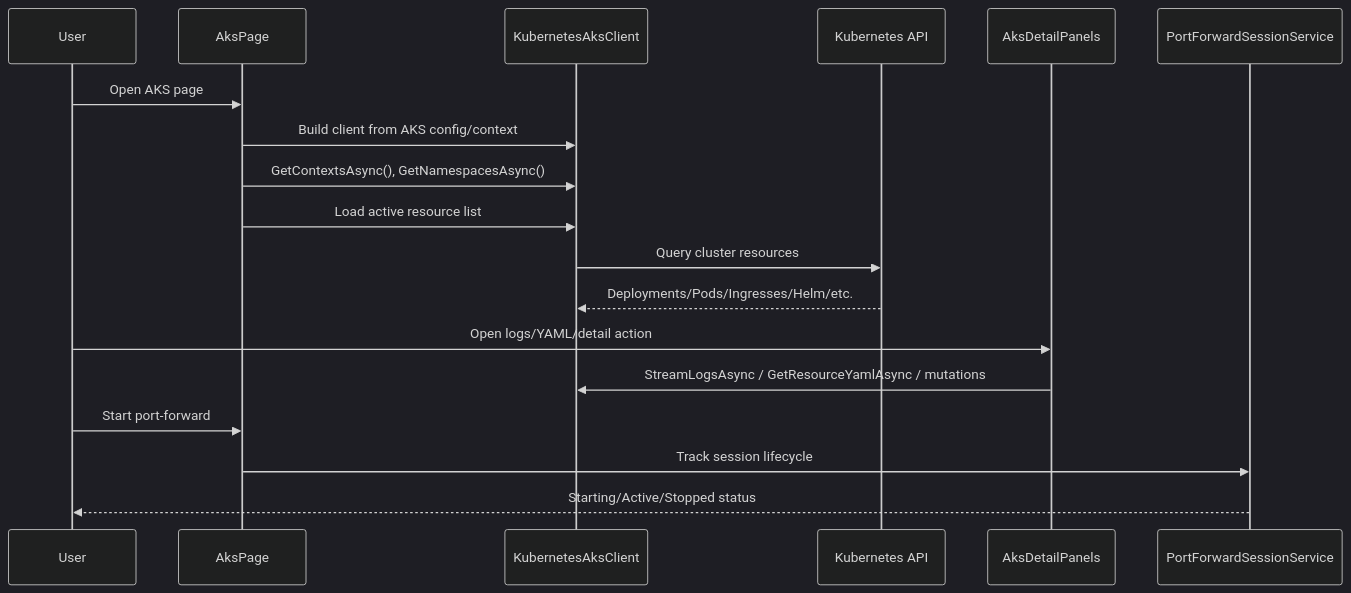
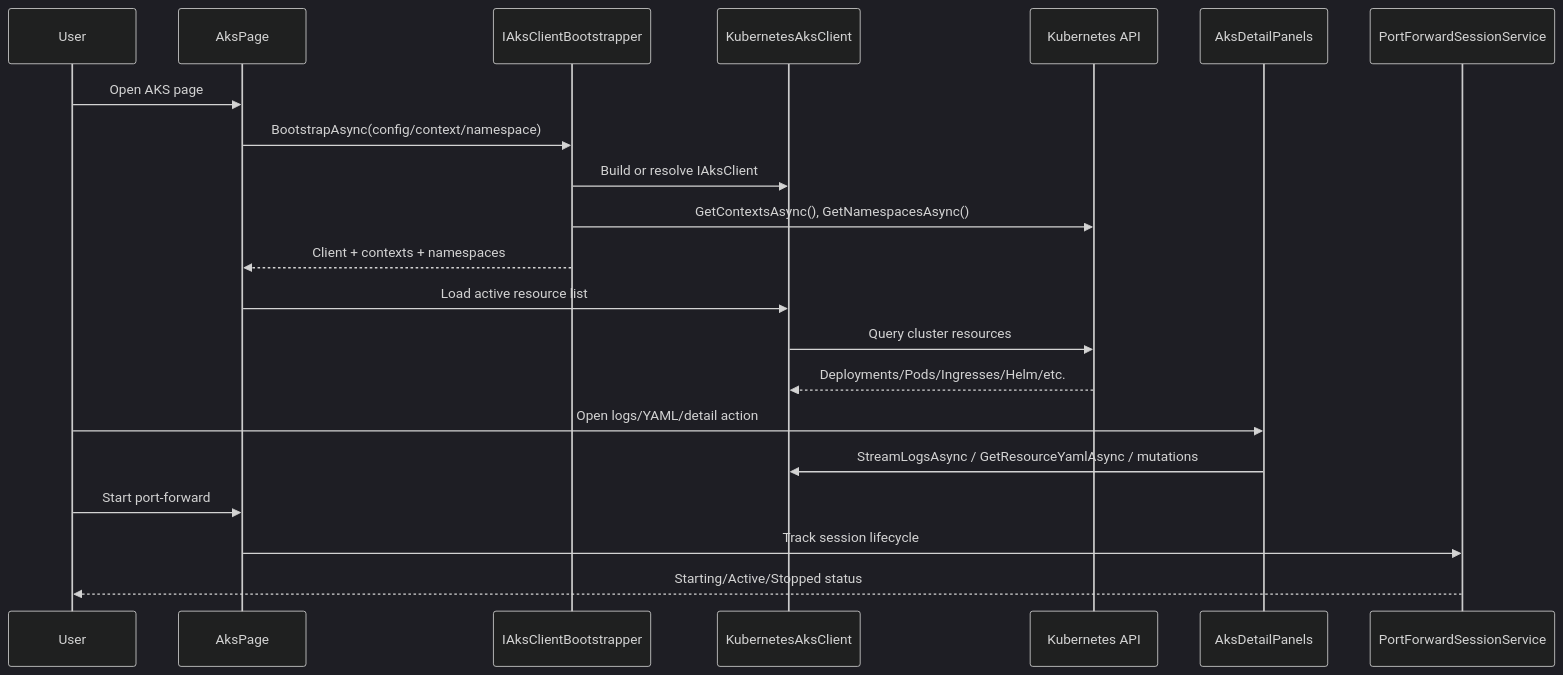
The third of 5 diagrams in docs/architecture/design.md (SWojtyla/SwebKit), drawn with Mermaid (dark theme) before and after one commit. The commit also changed other lines of this file and 65 other files, not shown here.

````diff
--- a/docs/architecture/design.md
+++ b/docs/architecture/design.md
@@ -107,21 +116,24 @@
 ```mermaid
 sequenceDiagram
     participant User
     participant Page as AksPage
+    participant Bootstrap as IAksClientBootstrapper
     participant Client as KubernetesAksClient
     participant Api as Kubernetes API
     participant Panels as AksDetailPanels
     participant Sessions as PortForwardSessionService
 
     User->>Page: Open AKS page
-    Page->>Client: Build client from AKS config/context
-    Page->>Client: GetContextsAsync(), GetNamespacesAsync()
+    Page->>Bootstrap: BootstrapAsync(config/context/namespace)
+    Bootstrap->>Client: Build or resolve IAksClient
+    Bootstrap->>Api: GetContextsAsync(), GetNamespacesAsync()
+    Bootstrap-->>Page: Client + contexts + namespaces
     Page->>Client: Load active resource list
     Client->>Api: Query cluster resources
     Api-->>Client: Deployments/Pods/Ingresses/Helm/etc.
     User->>Panels: Open logs/YAML/detail action
     Panels->>Client: StreamLogsAsync / GetResourceYamlAsync / mutations
     User->>Page: Start port-forward
     Page->>Sessions: Track session lifecycle
     Sessions-->>User: Starting/Active/Stopped status
 ```
````
